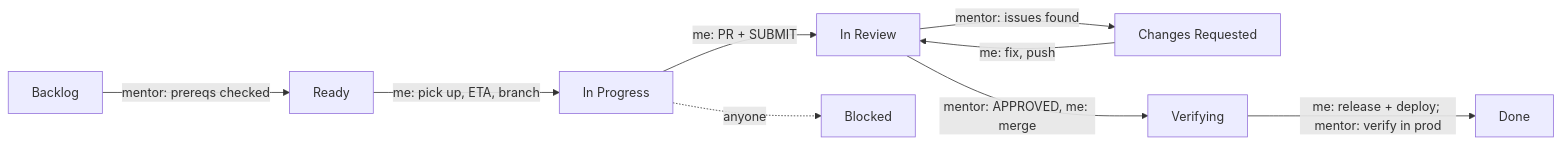
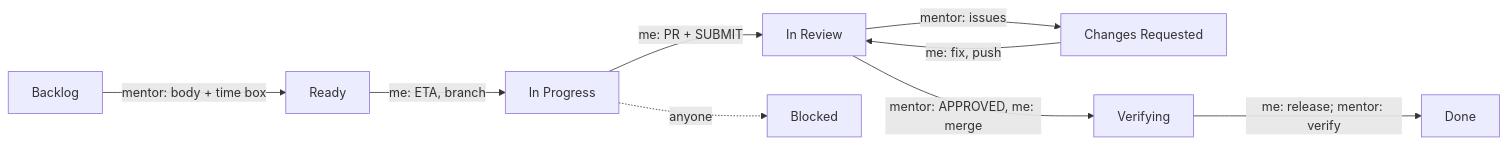
One commit to AthreyaRah/squad-hq changed the diagram in docs/operating-model/RDS_MODEL.md. Above: the diagram before and after it, drawn with Mermaid. The commit also changed other lines of this file and 114 other files, not shown here.

````diff
--- a/docs/operating-model/RDS_MODEL.md
+++ b/docs/operating-model/RDS_MODEL.md
@@ -20,11 +18,11 @@
 ```mermaid
 flowchart LR
-  A[Backlog] -->|mentor: prereqs checked| B[Ready]
-  B -->|me: pick up, ETA, branch| C[In Progress]
+  A[Backlog] -->|mentor: body + time box| B[Ready]
+  B -->|me: ETA, branch| C[In Progress]
   C -->|me: PR + SUBMIT| D[In Review]
-  D -->|mentor: issues found| E[Changes Requested]
+  D -->|mentor: issues| E[Changes Requested]
   E -->|me: fix, push| D
   D -->|mentor: APPROVED, me: merge| F[Verifying]
-  F -->|me: release + deploy; mentor: verify in prod| G[Done]
+  F -->|me: release; mentor: verify| G[Done]
   C -.->|anyone| H[Blocked]
 ```
````
